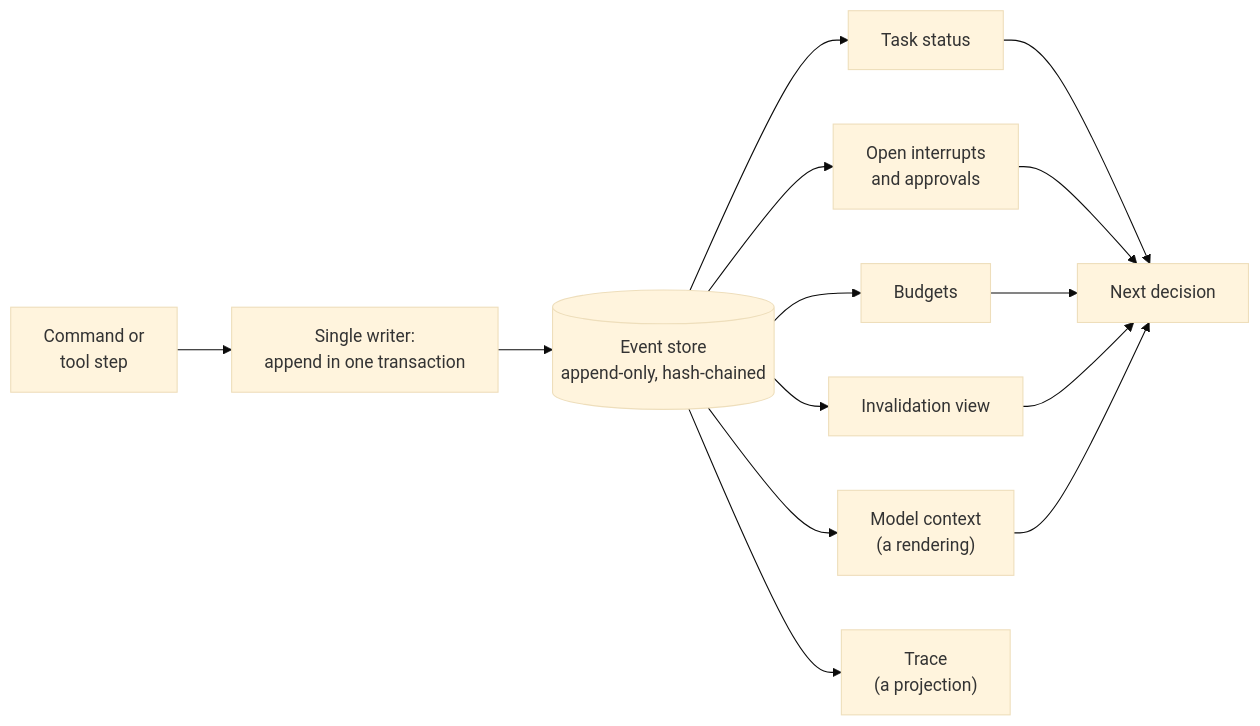
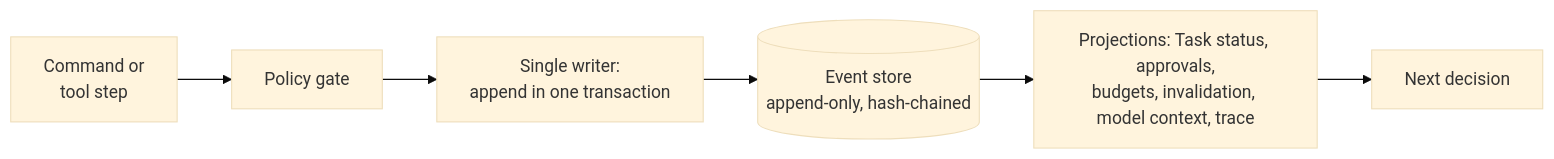
The diagram in README.md (SaiiPittu/aksha), drawn with Mermaid (base theme) before and after one commit. The commit also changed other lines of this file and 19 other files, not shown here.

First line of the commit message:
README: demo, install, first run and status on one screen; the detail moves to docs/

````diff
--- a/README.md
+++ b/README.md
@@ -181,12 +90,7 @@
 ```mermaid
 flowchart LR
-  CMD["Command or<br/>tool step"] --> W["Single writer:<br/>append in one transaction"]
+  CMD["Command or<br/>tool step"] --> GATE["Policy gate"] --> W["Single writer:<br/>append in one transaction"]
   W --> ES[("Event store<br/>append-only, hash-chained")]
-  ES --> R1["Task status"]
-  ES --> R2["Open interrupts<br/>and approvals"]
-  ES --> R3["Budgets"]
-  ES --> R4["Invalidation view"]
-  ES --> R5["Model context<br/>(a rendering)"]
-  ES --> R6["Trace<br/>(a projection)"]
-  R1 & R2 & R3 & R4 & R5 --> NEXT["Next decision"]
+  ES --> V["Projections: Task status, approvals,<br/>budgets, invalidation, model context, trace"]
+  V --> NEXT["Next decision"]
 ```
````
